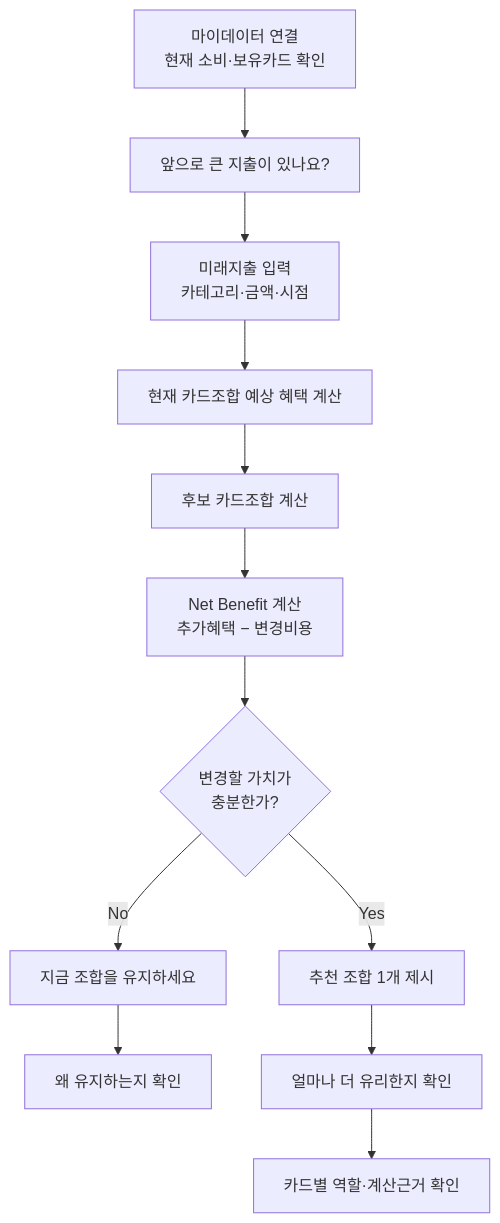
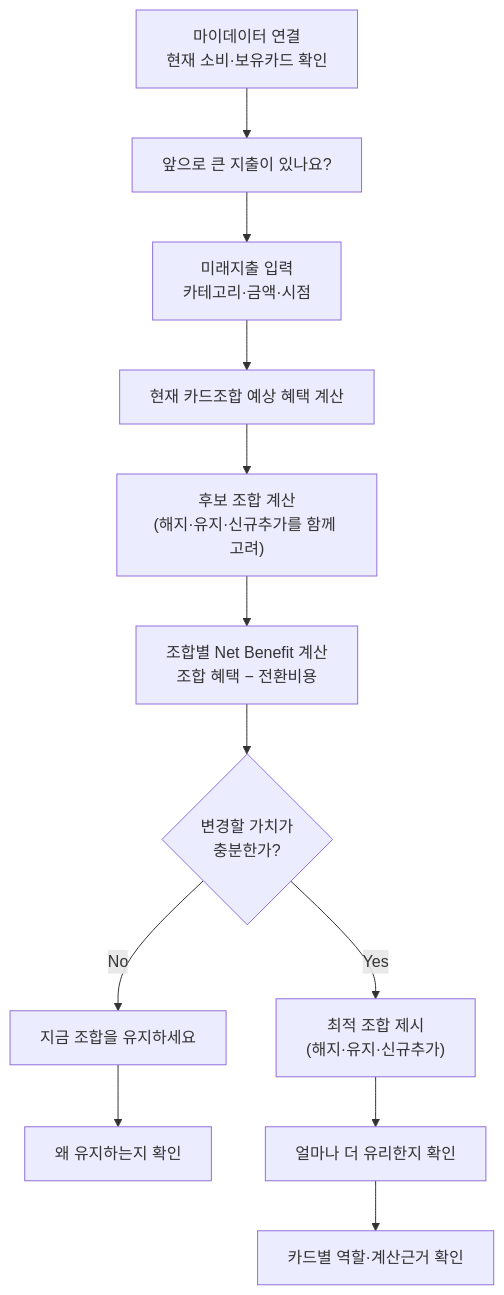
One commit to jennie-brain/team-project_2nd changed the fifth of 5 diagrams in 윤정/확정본/11_Benchmark_Transfer.md. Above: the diagram before and after it, drawn with Mermaid. The commit also changed other lines of this file, not shown here.

Commit message:
To-Be 흐름도의 다중카드 조합 표현 명확화
"후보 카드조합 계산"·"추천 조합 1개 제시"가 카드 한 장을 고르는
것처럼 읽힐 수 있어, 해지·유지·신규추가를 함께 고려한 조합 계산
이라는 걸 노드 라벨에 명시.

````diff
--- a/윤정/확정본/11_Benchmark_Transfer.md
+++ b/윤정/확정본/11_Benchmark_Transfer.md
@@ -161,14 +161,14 @@
 ```mermaid
 flowchart TD
     A["마이데이터 연결<br/>현재 소비·보유카드 확인"] --> B["앞으로 큰 지출이 있나요?"]
     B --> C["미래지출 입력<br/>카테고리·금액·시점"]
     C --> D["현재 카드조합 예상 혜택 계산"]
-    D --> E["후보 카드조합 계산"]
-    E --> F["Net Benefit 계산<br/>추가혜택 − 변경비용"]
+    D --> E["후보 조합 계산<br/>(해지·유지·신규추가를 함께 고려)"]
+    E --> F["조합별 Net Benefit 계산<br/>조합 혜택 − 전환비용"]
     F --> G{"변경할 가치가<br/>충분한가?"}
     G -- No --> H["지금 조합을 유지하세요"]
-    G -- Yes --> I["추천 조합 1개 제시"]
+    G -- Yes --> I["최적 조합 제시<br/>(해지·유지·신규추가)"]
     H --> J["왜 유지하는지 확인"]
     I --> K["얼마나 더 유리한지 확인"]
     K --> L["카드별 역할·계산근거 확인"]
 ```
````
